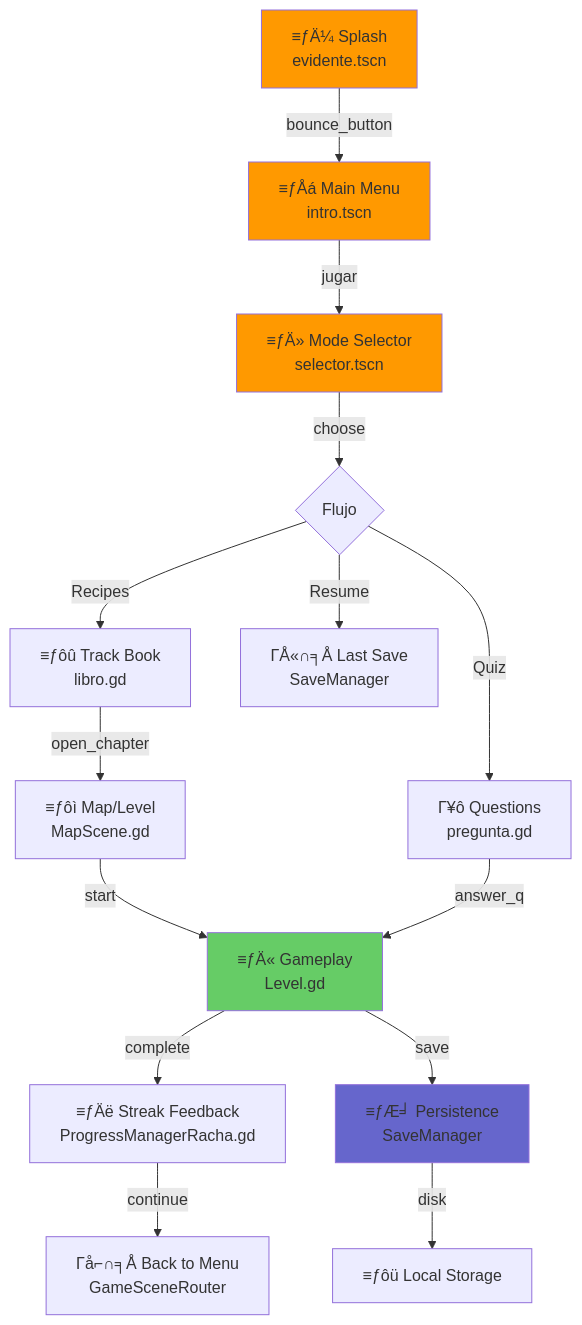
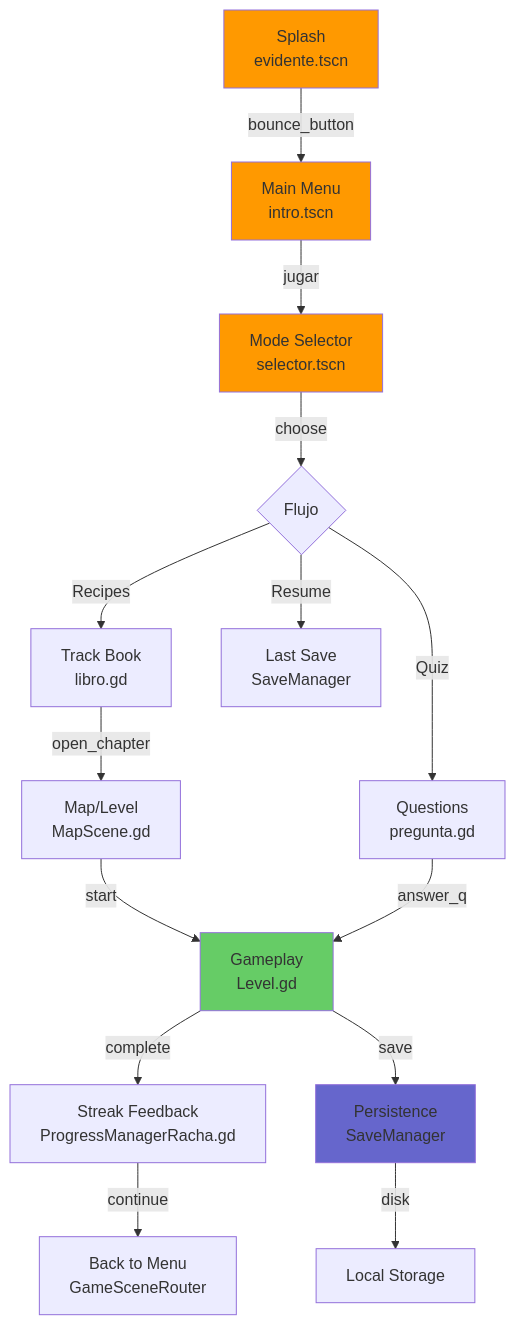
One commit to TTIP-e-vidente/e-vidente changed the first of 2 diagrams in wiki/Architecture.md. Above: the diagram before and after it, drawn with Mermaid. The commit also changed other lines of this file and 9 other files, not shown here.

````diff
--- a/wiki/Architecture.md
+++ b/wiki/Architecture.md
@@ -22,21 +22,21 @@
 ```mermaid
 flowchart TD
-    A["≡ƒÄ¼ Splash<br/>evidente.tscn"] -->|bounce_button| B["≡ƒÅá Main Menu<br/>intro.tscn"]
-    B -->|jugar| C["≡ƒÄ» Mode Selector<br/>selector.tscn"]
+    A[" Splash<br/>evidente.tscn"] -->|bounce_button| B[" Main Menu<br/>intro.tscn"]
+    B -->|jugar| C[" Mode Selector<br/>selector.tscn"]
     C -->|choose| D{Flujo}
-    D -->|Recipes| E["≡ƒôû Track Book<br/>libro.gd"]
-    D -->|Quiz| F["Γ¥ô Questions<br/>pregunta.gd"]
-    D -->|Resume| G["ΓÅ«∩╕Å Last Save<br/>SaveManager"]
-    E -->|open_chapter| H["≡ƒôì Map/Level<br/>MapScene.gd"]
-    H -->|start| I["≡ƒÄ« Gameplay<br/>Level.gd"]
+    D -->|Recipes| E[" Track Book<br/>libro.gd"]
+    D -->|Quiz| F[" Questions<br/>pregunta.gd"]
+    D -->|Resume| G[" Last Save<br/>SaveManager"]
+    E -->|open_chapter| H[" Map/Level<br/>MapScene.gd"]
+    H -->|start| I[" Gameplay<br/>Level.gd"]
     F -->|answer_q| I
-    I -->|complete| J["≡ƒÄë Streak Feedback<br/>ProgressManagerRacha.gd"]
-    I -->|save| K["≡ƒÆ╛ Persistence<br/>SaveManager"]
-    J -->|continue| L["Γå⌐∩╕Å Back to Menu<br/>GameSceneRouter"]
-    K -->|disk| M["≡ƒôü Local Storage"]
+    I -->|complete| J[" Streak Feedback<br/>ProgressManagerRacha.gd"]
+    I -->|save| K[" Persistence<br/>SaveManager"]
+    J -->|continue| L[" Back to Menu<br/>GameSceneRouter"]
+    K -->|disk| M[" Local Storage"]
     style A fill:#ff9900
     style B fill:#ff9900
     style C fill:#ff9900
     style I fill:#66cc66
     style K fill:#6666cc
 ```
````
